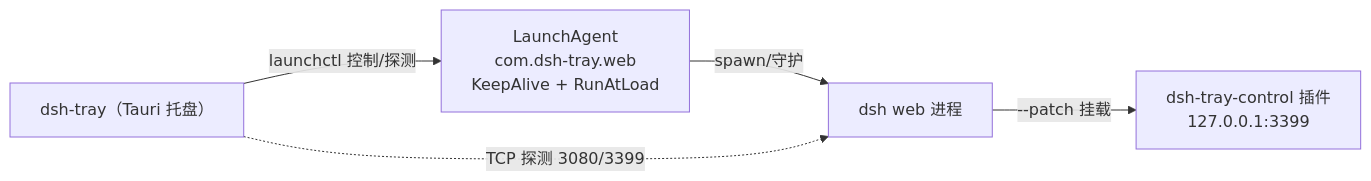
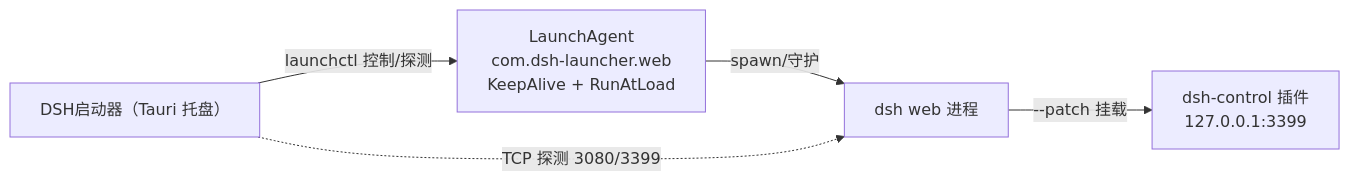
The diagram in README.md (iceleaf916/dsh-launcher), drawn with Mermaid before and after one commit. The commit also changed other lines of this file and 16 other files, not shown here.

First line of the commit message:
feat: rename to DSH启动器 (dsh-launcher) and bump to 0.2.0

````diff
--- a/README.md
+++ b/README.md
@@ -15,11 +15,11 @@
 ```mermaid
 flowchart LR
-    T["dsh-tray（Tauri 托盘）"]
-    LD["LaunchAgent<br/>com.dsh-tray.web<br/>KeepAlive + RunAtLoad"]
+    T["DSH启动器（Tauri 托盘）"]
+    LD["LaunchAgent<br/>com.dsh-launcher.web<br/>KeepAlive + RunAtLoad"]
     D["dsh web 进程"]
-    P["dsh-tray-control 插件<br/>127.0.0.1:3399"]
+    P["dsh-control 插件<br/>127.0.0.1:3399"]
     T -->|launchctl 控制/探测| LD
     LD -->|spawn/守护| D
     D -->|--patch 挂载| P
     T -.->|TCP 探测 3080/3399| D
 ```
````
